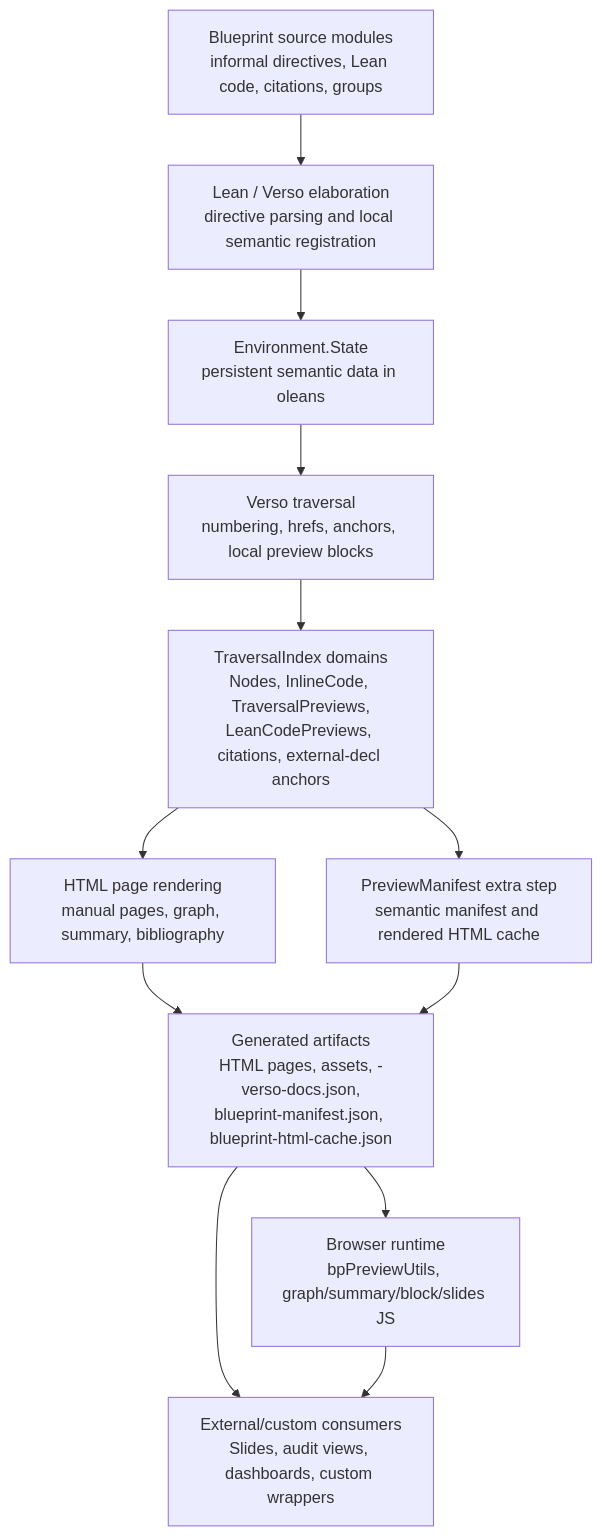
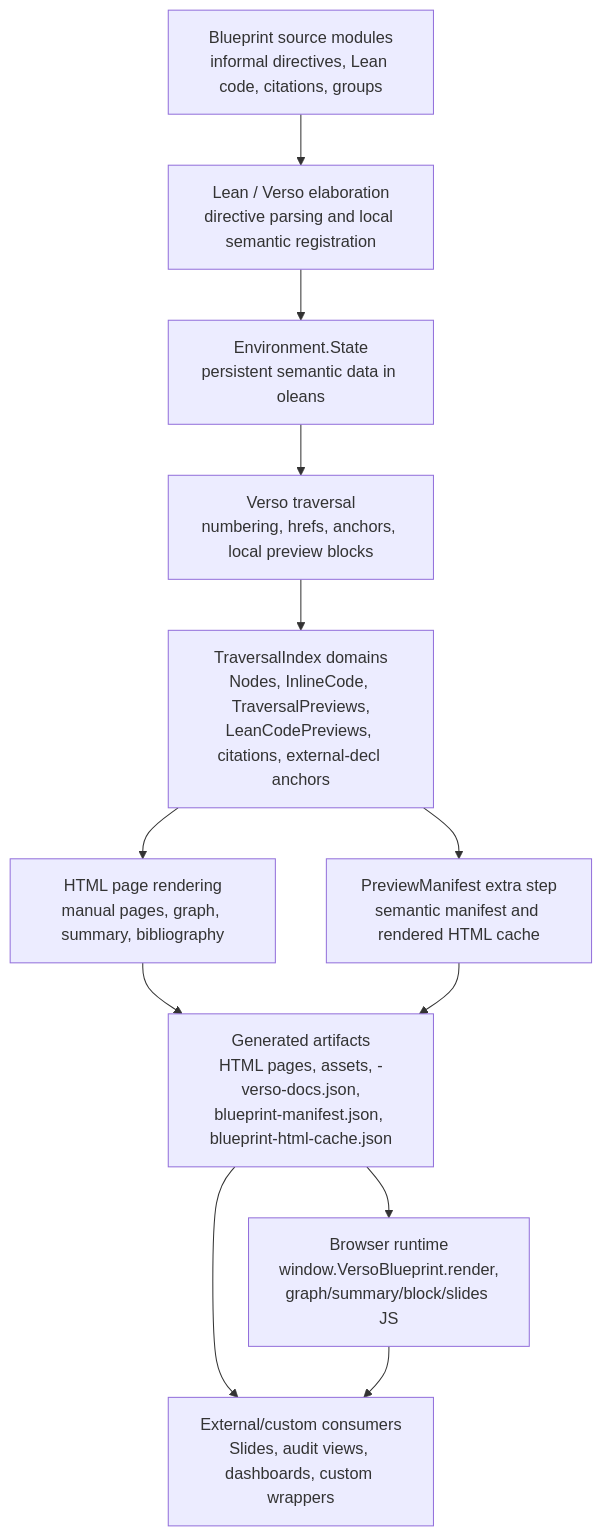
One commit to eric-vergo/Showcase changed the first of 2 diagrams in doc/DESIGN_RATIONALE.md. Above: the diagram before and after it, drawn with Mermaid. The commit also changed other lines of this file and 16 other files, not shown here.

Commit message:
refactor: unify blueprint preview runtime API

````diff
--- a/doc/DESIGN_RATIONALE.md
+++ b/doc/DESIGN_RATIONALE.md
@@ -118,25 +119,25 @@
 ```mermaid
 flowchart TD
   source["Blueprint source modules<br/>informal directives, Lean code, citations, groups"]
   elab["Lean / Verso elaboration<br/>directive parsing and local semantic registration"]
   env["Environment.State<br/>persistent semantic data in oleans"]
   traverse["Verso traversal<br/>numbering, hrefs, anchors, local preview blocks"]
   indexes["TraversalIndex domains<br/>Nodes, InlineCode, TraversalPreviews,<br/>LeanCodePreviews, citations, external-decl anchors"]
   render["HTML page rendering<br/>manual pages, graph, summary, bibliography"]
   manifest["PreviewManifest extra step<br/>semantic manifest and rendered HTML cache"]
   artifacts["Generated artifacts<br/>HTML pages, assets, -verso-docs.json,<br/>blueprint-manifest.json, blueprint-html-cache.json"]
-  browser["Browser runtime<br/>bpPreviewUtils, graph/summary/block/slides JS"]
+  browser["Browser runtime<br/>window.VersoBlueprint.render,<br/>graph/summary/block/slides JS"]
   consumers["External/custom consumers<br/>Slides, audit views, dashboards, custom wrappers"]
 
   source --> elab
   elab --> env
   env --> traverse
   traverse --> indexes
   indexes --> render
   indexes --> manifest
   render --> artifacts
   manifest --> artifacts
   artifacts --> browser
   artifacts --> consumers
   browser --> consumers
 ```
````
